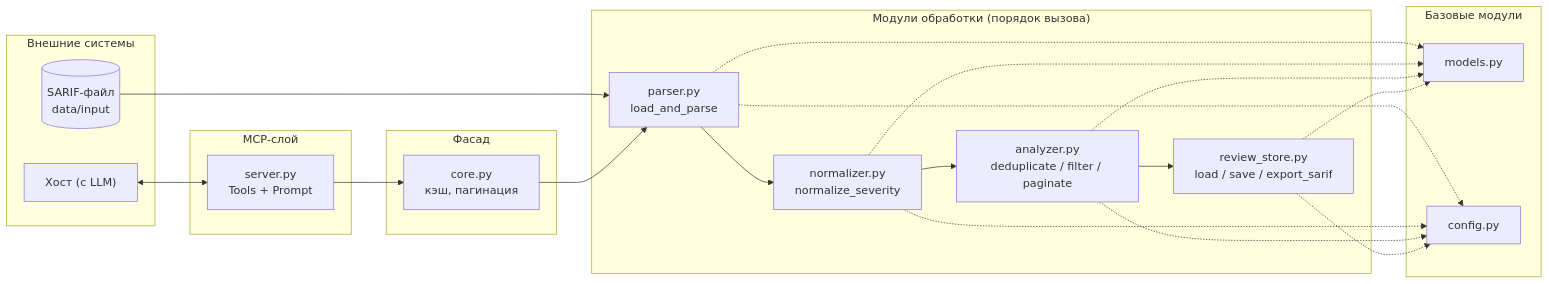
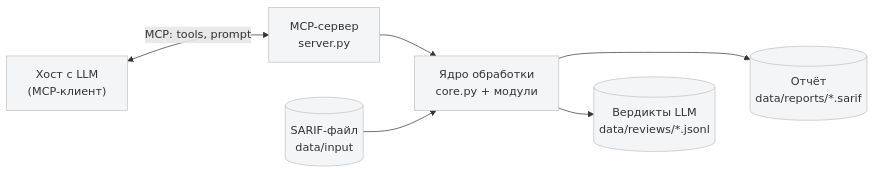
One commit to Otto-7/mcp changed the diagram in docs/architecture.md. Above: the diagram before and after it, drawn with Mermaid. The commit also changed other lines of this file, not shown here.

Commit message:
Revise architecture and data flow documentation
Updated architecture diagram and data flow phases in architecture.md.

````diff
--- a/docs/architecture.md
+++ b/docs/architecture.md
@@ -61,42 +61,28 @@
 ```mermaid
 flowchart LR
-    subgraph External ["Внешние системы"]
-        Host["Хост (с LLM)"]
-        File[("SARIF-файл<br/>data/input")]
-    end
-    subgraph MCP ["MCP-слой"]
-        S["server.py<br/>Tools + Prompt"]
-    end
-    subgraph Logic ["Фасад"]
-        C["core.py<br/>кэш, пагинация"]
-    end
-    subgraph Processing ["Модули обработки (порядок вызова)"]
-        P["parser.py<br/>load_and_parse"]
-        N["normalizer.py<br/>normalize_severity"]
-        A["analyzer.py<br/>deduplicate / filter / paginate"]
-        RS["review_store.py<br/>load / save / export_sarif"]
-    end
-    subgraph Base ["Базовые модули"]
-        M["models.py"]
-        CFG["config.py"]
-    end
+    %% Стили для узлов (чтобы было похоже на скриншот)
+    classDef default fill:#f4f5f7,stroke:#c0c0c0,stroke-width:1px,color:#333;
+    classDef db fill:#f4f5f7,stroke:#c0c0c0,stroke-width:1px,color:#333;
 
-    Host <--> S
-    File --> P
-    S --> C
+    %% Узлы
+    Host["Хост с LLM<br/>(MCP-клиент)"]
+    Server["MCP-сервер<br/>server.py"]
+    Core["Ядро обработки<br/>core.py + модули"]
+    
+    %% Базы данных (цилиндры)
+    Input[("SARIF-файл<br/>data/input")]:::db
+    Reviews[("Вердикты LLM<br/>data/reviews/*.jsonl")]:::db
+    Report[("Отчёт<br/>data/reports/*.sarif")]:::db
 
-    C --> P
-    P --> N
-    N --> A
-    A --> RS
+    %% Связи
+    Host <-->|"MCP: tools, prompt"| Server
+    Server --> Core
+    Input --> Core
+    Core --> Reviews
+    Core --> Report
 
-    P -.-> M
-    N -.-> M
-    A -.-> M
-    RS -.-> M
-
-    P -.-> CFG
-    N -.-> CFG
-    A -.-> CFG
-    RS -.-> CFG
+    %% Невидимые связи для точной расстановки (как на картинке)
+    %% Они заставляют Input оказаться под Host, а Reviews над Report
+    Host ~~~ Input
+    Reviews ~~~ Report
 ```
````
